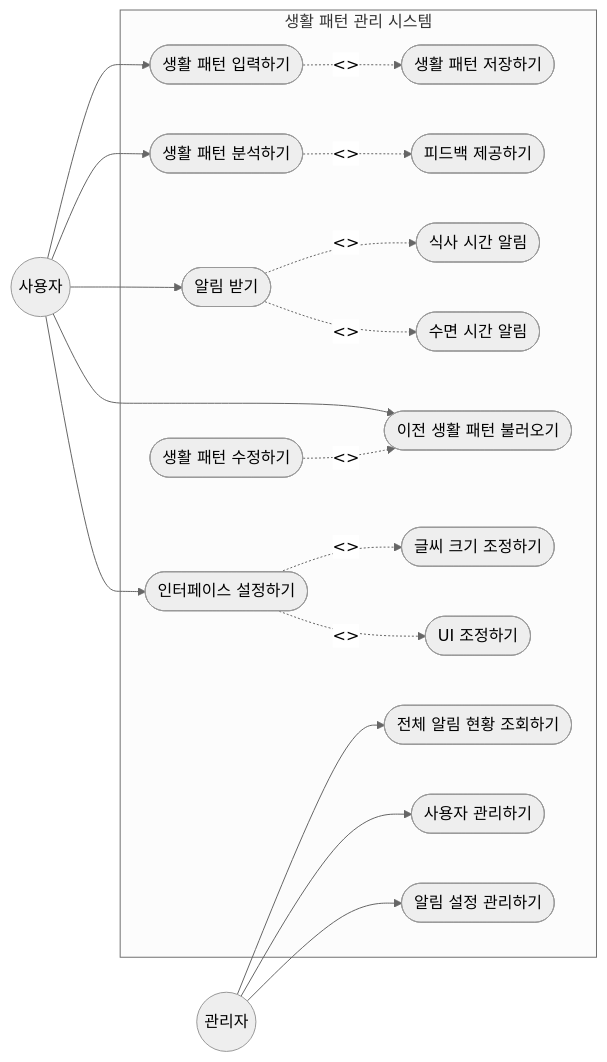
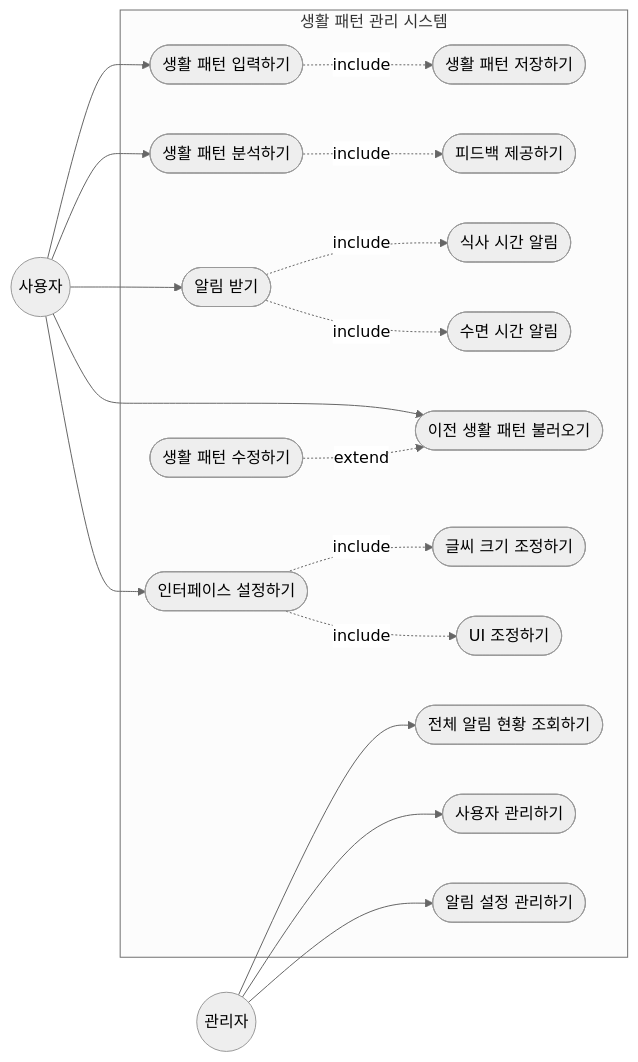
One commit to joojeehun/sw-health changed the diagram in docs/requirement.md/Usecasediagram.md. Above: the diagram before and after it, drawn with Mermaid (neutral theme).

````diff
--- a/docs/requirement.md/Usecasediagram.md
+++ b/docs/requirement.md/Usecasediagram.md
@@ -1,52 +1,52 @@
 ```mermaid
 flowchart LR
 
 User((사용자))
 Admin((관리자))
 
 subgraph System[생활 패턴 관리 시스템]
 
 A([생활 패턴 입력하기])
 B([생활 패턴 저장하기])
 
 C([생활 패턴 분석하기])
 D([피드백 제공하기])
 
 E([알림 받기])
 F([식사 시간 알림])
 G([수면 시간 알림])
 
 H([이전 생활 패턴 불러오기])
 I([생활 패턴 수정하기])
 
 J([인터페이스 설정하기])
 K([글씨 크기 조정하기])
 L([UI 조정하기])
 
 M([전체 알림 현황 조회하기])
 N([사용자 관리하기])
 O([알림 설정 관리하기])
 
 end
 
 User --> A
 User --> C
 User --> E
 User --> H
 User --> J
 
 Admin --> M
 Admin --> N
 Admin --> O
 
-A -.->|"<<include>>"| B
-C -.->|"<<include>>"| D
+A -. include .-> B
+C -. include .-> D
 
-E -.->|"<<include>>"| F
-E -.->|"<<include>>"| G
+E -. include .-> F
+E -. include .-> G
 
-I -.->|"<<extend>>"| H
+I -. extend .-> H
 
-J -.->|"<<include>>"| K
-J -.->|"<<include>>"| L
+J -. include .-> K
+J -. include .-> L
 ```
````
